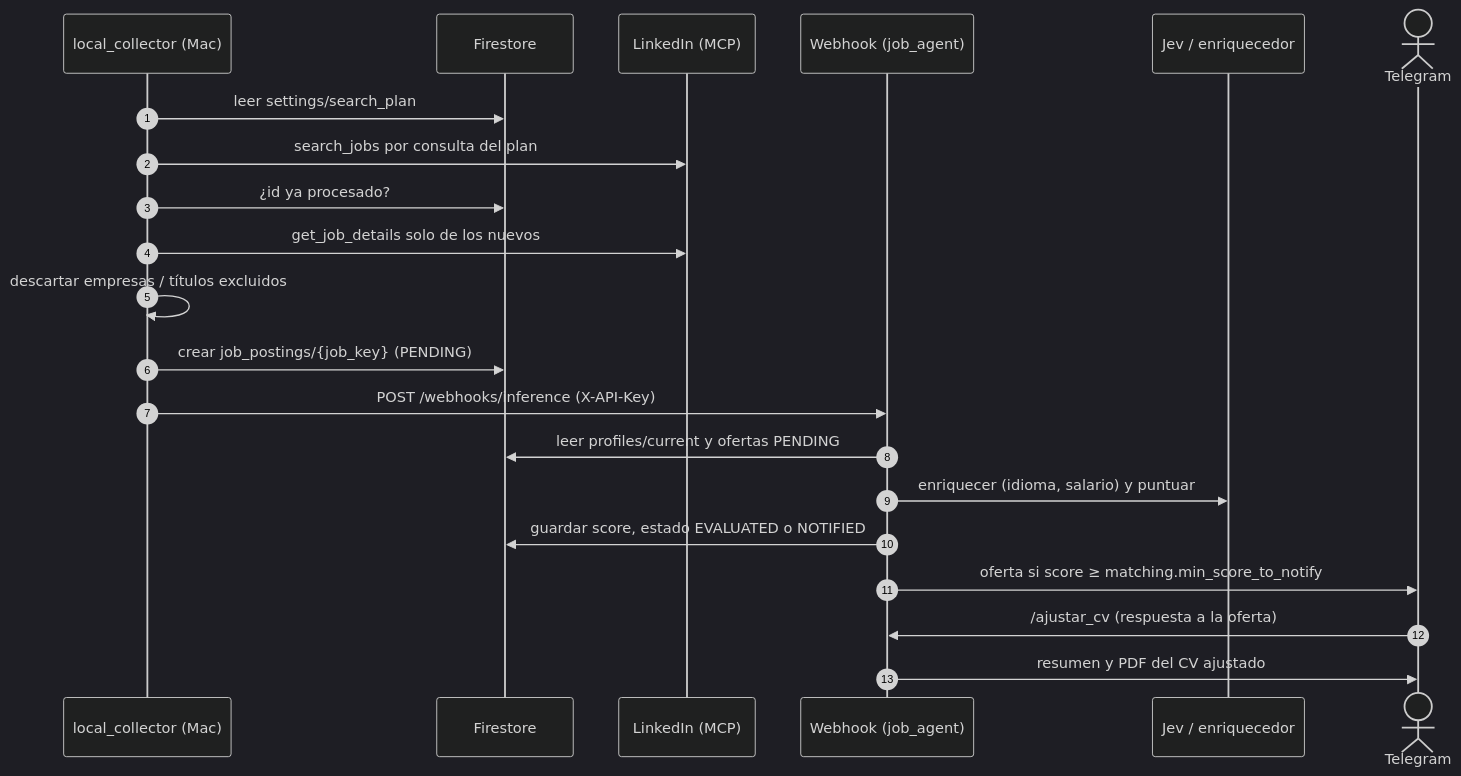
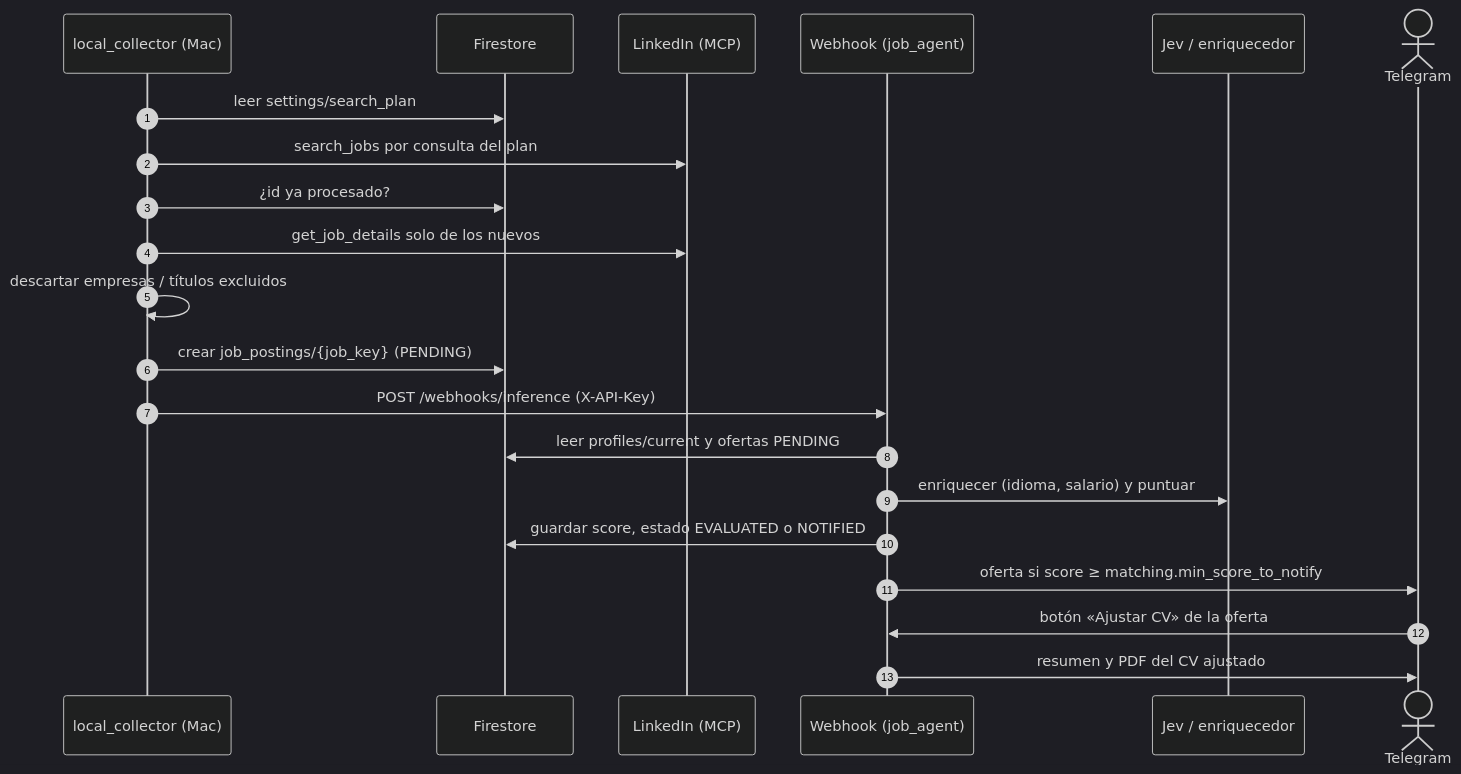
One commit to HugoTalledos/job-search changed the second of 2 diagrams in docs/arquitectura.md. Above: the diagram before and after it, drawn with Mermaid (dark theme). The commit also changed other lines of this file and 8 other files, not shown here.

````diff
--- a/docs/arquitectura.md
+++ b/docs/arquitectura.md
@@ -47,24 +47,24 @@
 ```mermaid
 sequenceDiagram
     autonumber
     participant Col as local_collector (Mac)
     participant FS as Firestore
     participant LI as LinkedIn (MCP)
     participant WH as Webhook (job_agent)
     participant Jev as Jev / enriquecedor
     actor Yo as Telegram
 
     Col->>FS: leer settings/search_plan
     Col->>LI: search_jobs por consulta del plan
     Col->>FS: ¿id ya procesado?
     Col->>LI: get_job_details solo de los nuevos
     Col->>Col: descartar empresas / títulos excluidos
     Col->>FS: crear job_postings/{job_key} (PENDING)
     Col->>WH: POST /webhooks/inference (X-API-Key)
     WH->>FS: leer profiles/current y ofertas PENDING
     WH->>Jev: enriquecer (idioma, salario) y puntuar
     WH->>FS: guardar score, estado EVALUATED o NOTIFIED
     WH->>Yo: oferta si score ≥ matching.min_score_to_notify
-    Yo->>WH: /ajustar_cv (respuesta a la oferta)
+    Yo->>WH: botón «Ajustar CV» de la oferta
     WH->>Yo: resumen y PDF del CV ajustado
 ```
````
